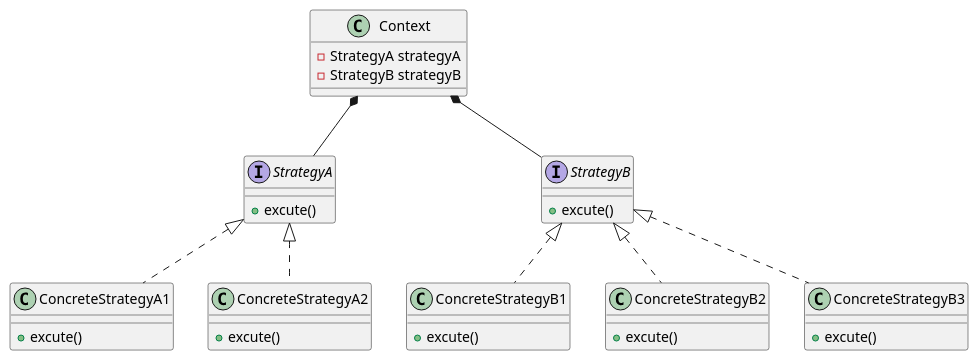
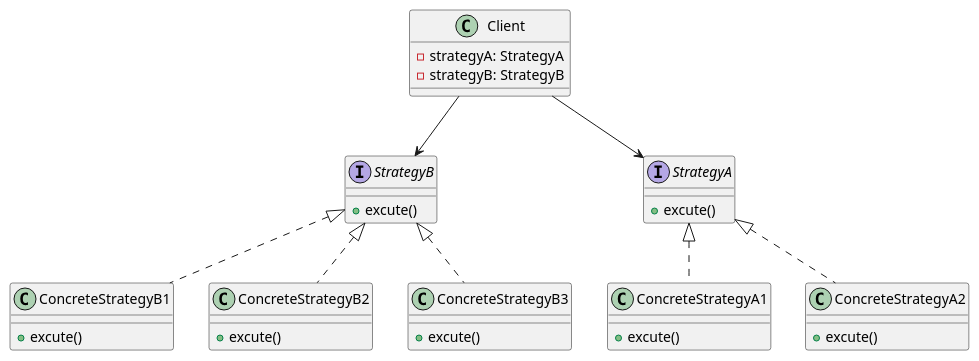
One commit to vomvoru/vomvoru.github.io changed the third of 4 diagrams in _posts/blog/2017-05-17-strategy-pattern.md. Above: the diagram before and after it, drawn with PlantUML. The commit also changed other lines of this file and 2 other files, not shown here.

````diff
--- a/_posts/blog/2017-05-17-strategy-pattern.md
+++ b/_posts/blog/2017-05-17-strategy-pattern.md
@@ -78,43 +80,43 @@
 ```plantuml
-class Context{
-    - StrategyA strategyA
-    - StrategyB strategyB
+class Client{
+    -strategyA: StrategyA
+    -strategyB: StrategyB
 }
 
 interface StrategyA{
-    + excute()
+    +excute()
 }
 
 class ConcreteStrategyA1{
-    + excute()
+    +excute()
 }
 
 class ConcreteStrategyA2{
-    + excute()
+    +excute()
 }
 
 interface StrategyB{
-    + excute()
+    +excute()
 }
 
 class ConcreteStrategyB1{
-    + excute()
+    +excute()
 }
 
 class ConcreteStrategyB2{
-    + excute()
+    +excute()
 }
 
 class ConcreteStrategyB3{
-    + excute()
+    +excute()
 }
 
-Context *-- StrategyA
-StrategyA <|.. ConcreteStrategyA1
-StrategyA <|.. ConcreteStrategyA2
+Client --> StrategyA
+ConcreteStrategyA1 .up.|> StrategyA
+ConcreteStrategyA2 .up.|> StrategyA
 
-Context *-- StrategyB
-StrategyB <|.. ConcreteStrategyB1
-StrategyB <|.. ConcreteStrategyB2
-StrategyB <|.. ConcreteStrategyB3
+Client --> StrategyB
+ConcreteStrategyB1 .up.|> StrategyB
+ConcreteStrategyB2 .up.|> StrategyB
+ConcreteStrategyB3 .up.|> StrategyB
 ```
````
